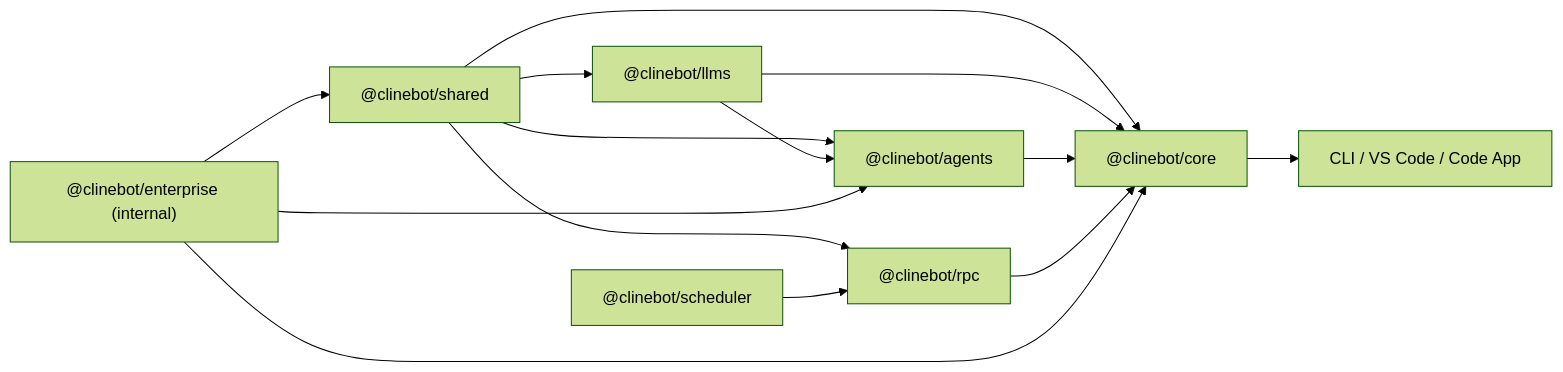
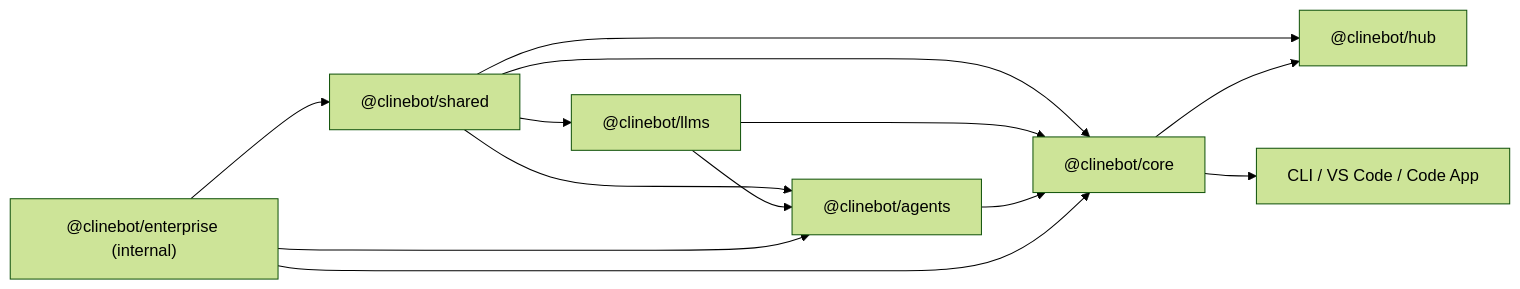
The diagram in sdk/README.md (Dastan-Prince/cline-cn), drawn with Mermaid (forest theme) before and after one commit. The commit also changed other lines of this file and 309 other files, not shown here.

````diff
--- a/sdk/README.md
+++ b/sdk/README.md
@@ -40,10 +39,9 @@
 ```mermaid
 flowchart LR
-  shared["@clinebot/shared"] --> llms["@clinebot/llms"] & agents["@clinebot/agents"] & rpc["@clinebot/rpc"] & core["@clinebot/core"]
+  shared["@clinebot/shared"] --> llms["@clinebot/llms"] & agents["@clinebot/agents"] & core["@clinebot/core"] & hub["@clinebot/hub"]
   llms --> agents & core
-  scheduler["@clinebot/scheduler"] --> rpc
   agents --> core
-  rpc --> core
+  core --> hub
   enterprise["@clinebot/enterprise (internal)"] --> agents & core & shared
   core --> apps["CLI / VS Code / Code App"]
 ```
````
